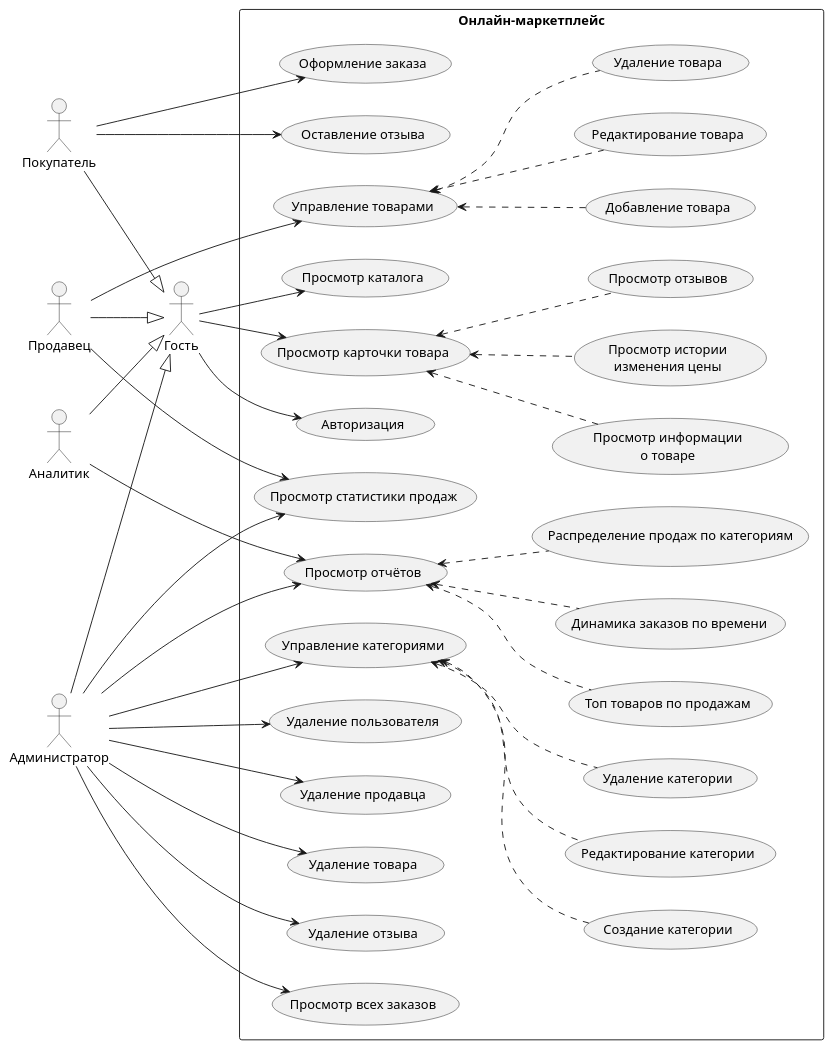
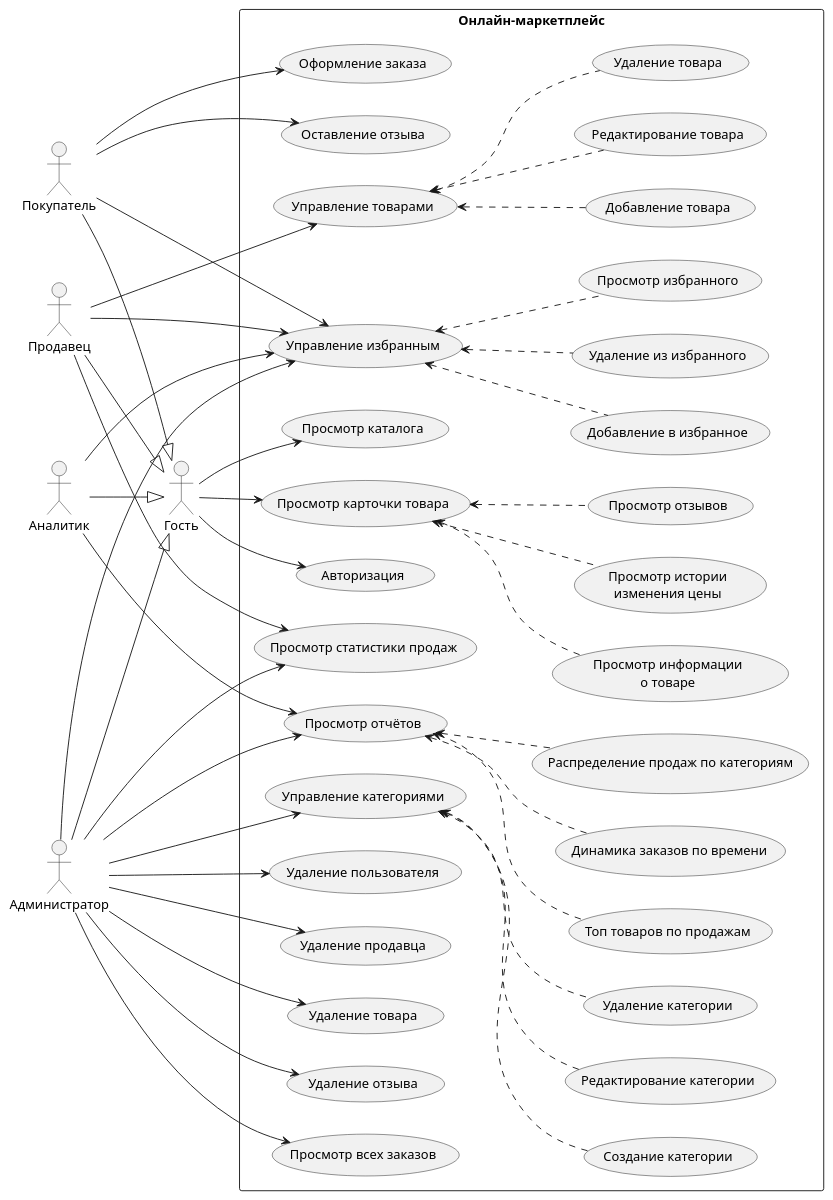
Before and after one commit to beastixq/marketplace: the diagram in diagrams/src/UseCases.puml, drawn with PlantUML. The commit also changed 18 other files, not shown here.

Commit message:
updated C4 L4 diagrams and component wiring added

```diff
--- a/diagrams/src/UseCases.puml
+++ b/diagrams/src/UseCases.puml
@@ -1,92 +1,105 @@
-@startuml UseCases2
+@startuml UseCases
 left to right direction
 skinparam packageStyle rectangle
 
 actor "Гость" as guest
 actor "Покупатель" as buyer
 actor "Продавец" as seller
 actor "Аналитик" as analyst
 actor "Администратор" as admin
 
 ' --- Наследование ---
 buyer --|> guest
 seller --|> guest
 analyst --|> guest
 admin --|> guest
 
 rectangle "Онлайн-маркетплейс" {
   usecase "Авторизация" as auth
   usecase "Просмотр каталога" as browseCatalog
   usecase "Просмотр карточки товара" as viewProduct
   usecase "Просмотр информации\nо товаре" as viewProductInfo
   usecase "Просмотр истории\nизменения цены" as viewPriceHistory
   usecase "Просмотр отзывов" as viewReviews
   usecase "Оформление заказа" as placeOrder
   usecase "Оставление отзыва" as leaveReview
+  usecase "Управление избранным" as manageFavorites
+  usecase "Добавление в избранное" as addFavorite
+  usecase "Удаление из избранного" as removeFavorite
+  usecase "Просмотр избранного" as viewFavorites
   usecase "Управление товарами" as manageProducts
   usecase "Добавление товара" as addProduct
   usecase "Редактирование товара" as editProduct
   usecase "Удаление товара" as deleteProduct
   usecase "Просмотр статистики продаж" as viewSellerStats
   usecase "Просмотр отчётов" as viewReports
   usecase "Топ товаров по продажам" as reportTopProducts
   usecase "Динамика заказов по времени" as reportOrdersDynamics
   usecase "Распределение продаж по категориям" as reportByCategory
   usecase "Управление категориями" as manageCategories
   usecase "Создание категории" as addCategory
   usecase "Редактирование категории" as editCategory
   usecase "Удаление категории" as deleteCategory
   usecase "Удаление пользователя" as deleteUser
   usecase "Удаление продавца" as deleteSeller
   usecase "Удаление товара" as adminDeleteProduct
   usecase "Удаление отзыва" as deleteReview
   usecase "Просмотр всех заказов" as viewAllOrders
 }
 
 ' --- Гость ---
 guest --> auth
 guest --> browseCatalog
 guest --> viewProduct
 
 ' --- Покупатель (+ всё от Гостя) ---
 buyer --> placeOrder
 buyer --> leaveReview
+buyer --> manageFavorites
 
 ' --- Продавец (+ всё от Гостя) ---
 seller --> manageProducts
 seller --> viewSellerStats
+seller --> manageFavorites
 
 ' --- Аналитик (+ всё от Гостя) ---
 analyst --> viewReports
+analyst --> manageFavorites
 
 ' --- Администратор (наследует от Гостя: авторизация, каталог, карточка товара) ---
 admin --> manageCategories
 admin --> deleteUser
 admin --> deleteSeller
 admin --> adminDeleteProduct
 admin --> deleteReview
 admin --> viewAllOrders
 admin --> viewReports
 admin --> viewSellerStats
+admin --> manageFavorites
 
 ' --- Extend: Управление товарами ---
 manageProducts <.. addProduct
 manageProducts <.. editProduct
 manageProducts <.. deleteProduct
 
 ' --- Extend: Просмотр карточки товара ---
 viewProduct <.. viewProductInfo
 viewProduct <.. viewPriceHistory
 viewProduct <.. viewReviews
 
 ' --- Extend: Управление категориями ---
 manageCategories <.. addCategory
 manageCategories <.. editCategory
 manageCategories <.. deleteCategory
 
 ' --- Extend: Просмотр отчётов ---
 viewReports <.. reportTopProducts
 viewReports <.. reportOrdersDynamics
 viewReports <.. reportByCategory
 
+' --- Extend: Управление избранным ---
+manageFavorites <.. addFavorite
+manageFavorites <.. removeFavorite
+manageFavorites <.. viewFavorites
+
 @enduml
```
